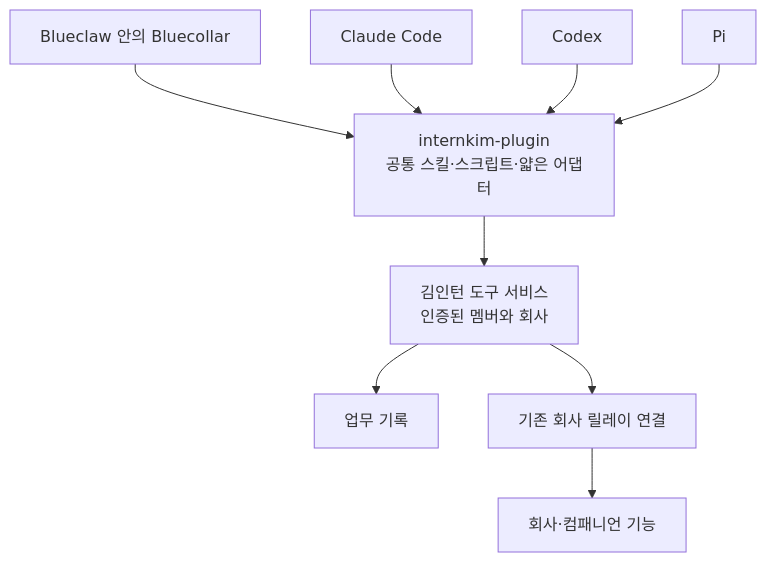
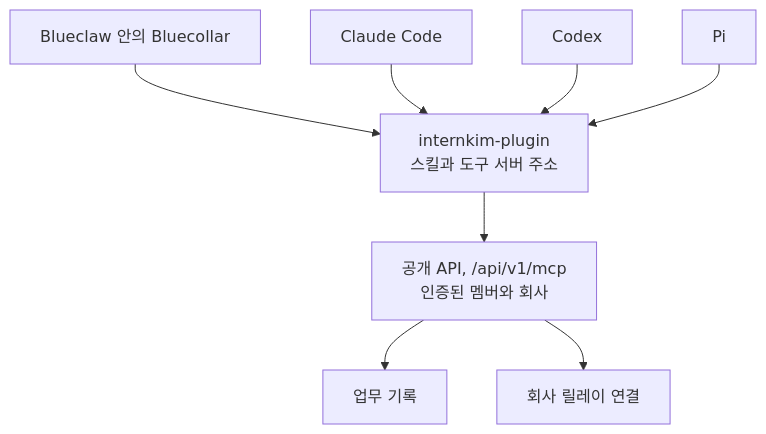
The second of 2 diagrams in docs/architecture.ko.mdx (yeomyeonggeori/internkim), drawn with Mermaid before and after one commit. The commit also changed other lines of this file and 24 other files, not shown here.

````diff
--- a/docs/architecture.ko.mdx
+++ b/docs/architecture.ko.mdx
@@ -67,11 +62,10 @@
 ```mermaid
 flowchart TB
     bluecollar["Blueclaw 안의 Bluecollar"] --> plugin
     claude["Claude Code"] --> plugin
     codex["Codex"] --> plugin
     pi["Pi"] --> plugin
-    plugin["internkim-plugin<br/>공통 스킬·스크립트·얇은 어댑터"] --> service
-    service["김인턴 도구 서비스<br/>인증된 멤버와 회사"] --> record["업무 기록"]
-    service --> relay["기존 회사 릴레이 연결"]
-    relay --> execution["회사·컴패니언 기능"]
+    plugin["internkim-plugin<br/>스킬과 도구 서버 주소"] --> service
+    service["공개 API, /api/v1/mcp<br/>인증된 멤버와 회사"] --> record["업무 기록"]
+    service --> relay["회사 릴레이 연결"]
 ```
````
